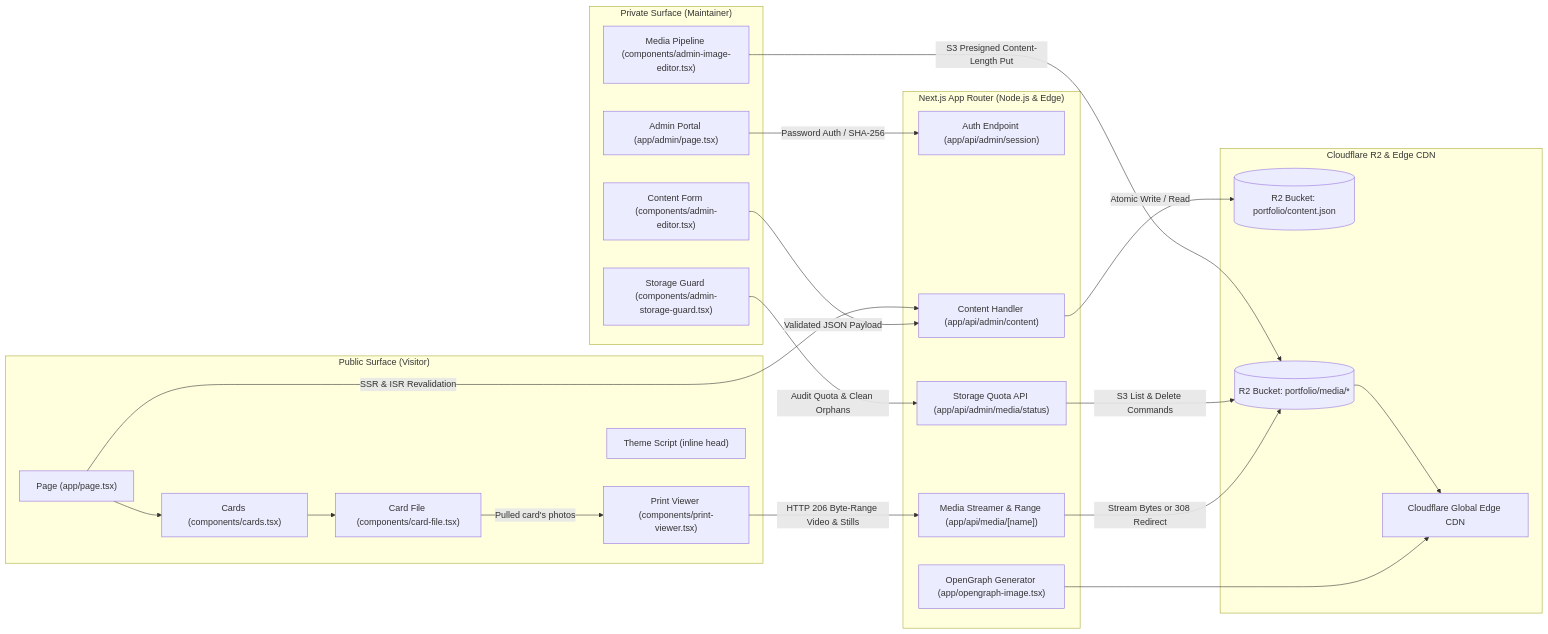
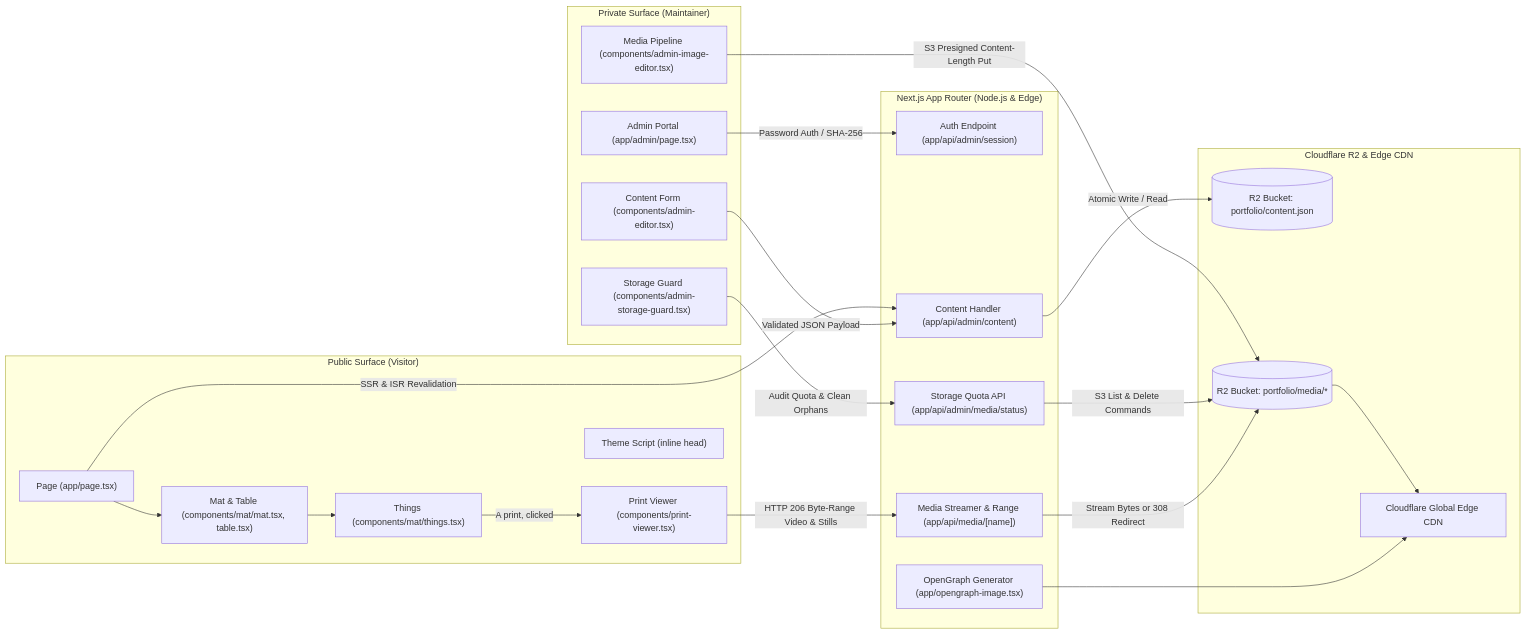
Before and after one commit to aiden-guan/portfolio-2: the diagram in README.md, drawn with Mermaid. The commit also changed other lines of this file and 36 other files, not shown here.

````diff
--- a/README.md
+++ b/README.md
@@ -53,45 +55,45 @@
 ```mermaid
 flowchart LR
     subgraph PublicClient["Public Surface (Visitor)"]
         Index["Page (app/page.tsx)"]
-        Cards["Cards (components/cards.tsx)"]
-        File["Card File (components/card-file.tsx)"]
+        Things["Things (components/mat/things.tsx)"]
+        Mat["Mat & Table (components/mat/mat.tsx, table.tsx)"]
         Viewer["Print Viewer (components/print-viewer.tsx)"]
         Theme["Theme Script (inline head)"]
     end
 
     subgraph AdminClient["Private Surface (Maintainer)"]
         AdminUI["Admin Portal (app/admin/page.tsx)"]
         Editor["Content Form (components/admin-editor.tsx)"]
         MediaUploader["Media Pipeline (components/admin-image-editor.tsx)"]
         StorageGuard["Storage Guard (components/admin-storage-guard.tsx)"]
     end
 
     subgraph AppRouter["Next.js App Router (Node.js & Edge)"]
         SessionAPI["Auth Endpoint (app/api/admin/session)"]
         ContentAPI["Content Handler (app/api/admin/content)"]
         MediaRoute["Media Streamer & Range (app/api/media/[name])"]
         StatusAPI["Storage Quota API (app/api/admin/media/status)"]
         OG["OpenGraph Generator (app/opengraph-image.tsx)"]
     end
 
     subgraph Persistence["Cloudflare R2 & Edge CDN"]
         R2Content[("R2 Bucket: portfolio/content.json")]
         R2Media[("R2 Bucket: portfolio/media/*")]
         EdgeCDN["Cloudflare Global Edge CDN"]
     end
 
     Index -->|SSR & ISR Revalidation| ContentAPI
-    Index --> Cards --> File
-    File -->|Pulled card's photos| Viewer
+    Index --> Mat --> Things
+    Things -->|A print, clicked| Viewer
     Viewer -->|HTTP 206 Byte-Range Video & Stills| MediaRoute
     AdminUI -->|Password Auth / SHA-256| SessionAPI
     Editor -->|Validated JSON Payload| ContentAPI
     MediaUploader -->|S3 Presigned Content-Length Put| R2Media
     StorageGuard -->|Audit Quota & Clean Orphans| StatusAPI
     StatusAPI -->|S3 List & Delete Commands| R2Media
     ContentAPI -->|Atomic Write / Read| R2Content
     MediaRoute -->|Stream Bytes or 308 Redirect| R2Media
     R2Media --> EdgeCDN
     OG --> EdgeCDN
 ```
````
